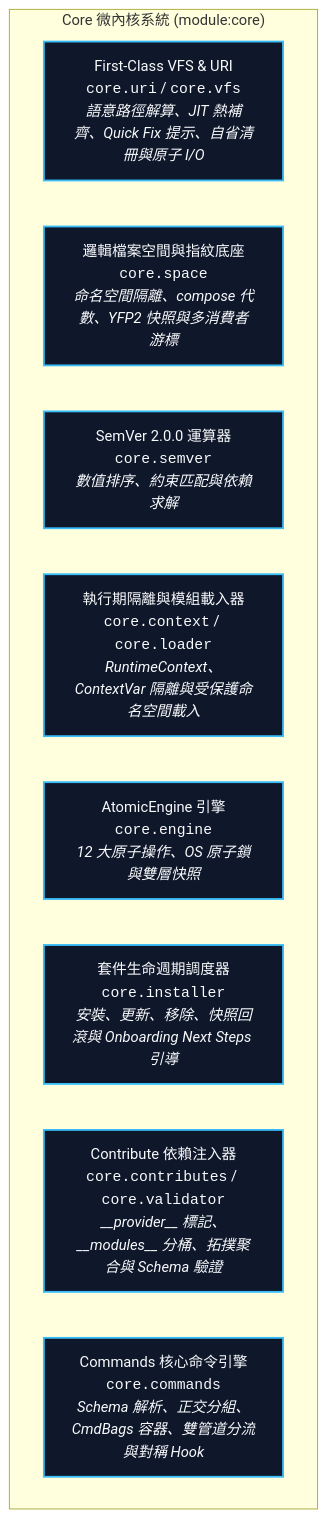
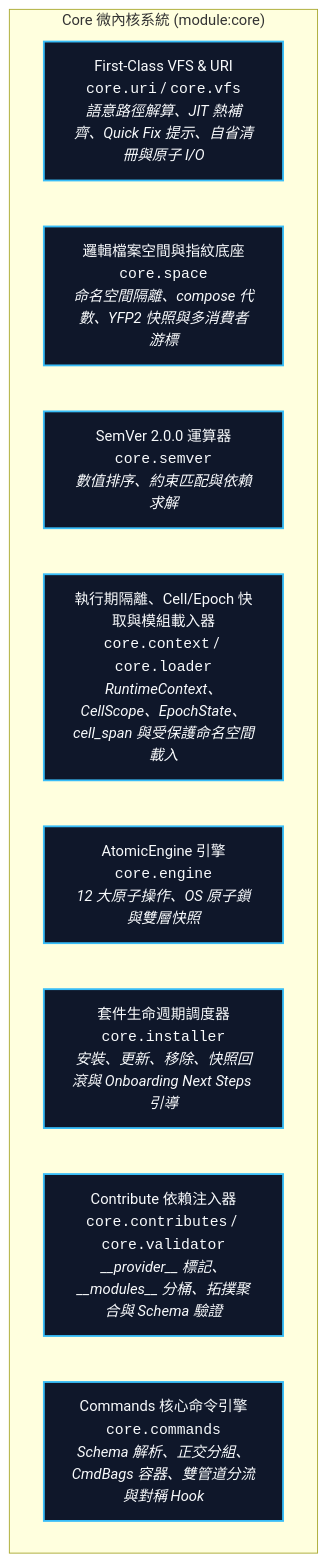
Before and after one commit to ysnaive/ys-codebase: the diagram in docs/core/README.md, drawn with Mermaid. The commit also changed other lines of this file and 90 other files, not shown here.

First line of the commit message:
feat(core,server): add unified CellScope/EpochState caching, cell_span stage profiler, and Mode A cleanup across 8 modules

````diff
--- a/docs/core/README.md
+++ b/docs/core/README.md
@@ -49,15 +49,15 @@
 ```mermaid
 graph TD
     classDef sub fill:#0f172a,stroke:#38bdf8,stroke-width:2px,color:#f8fafc;
     
     subgraph CoreModule ["Core 微內核系統 (module:core)"]
         VFS["First-Class VFS & URI<br/><code>core.uri</code> / <code>core.vfs</code><br/><i>語意路徑解算、JIT 熱補齊、Quick Fix 提示、自省清冊與原子 I/O</i>"]:::sub
         Space["邏輯檔案空間與指紋底座<br/><code>core.space</code><br/><i>命名空間隔離、compose 代數、YFP2 快照與多消費者游標</i>"]:::sub
         SemVer["SemVer 2.0.0 運算器<br/><code>core.semver</code><br/><i>數值排序、約束匹配與依賴求解</i>"]:::sub
-        Context["執行期隔離與模組載入器<br/><code>core.context</code> / <code>core.loader</code><br/><i>RuntimeContext、ContextVar 隔離與受保護命名空間載入</i>"]:::sub
+        Context["執行期隔離、Cell/Epoch 快取與模組載入器<br/><code>core.context</code> / <code>core.loader</code><br/><i>RuntimeContext、CellScope、EpochState、cell_span 與受保護命名空間載入</i>"]:::sub
         Engine["AtomicEngine 引擎<br/><code>core.engine</code><br/><i>12 大原子操作、OS 原子鎖與雙層快照</i>"]:::sub
         Installer["套件生命週期調度器<br/><code>core.installer</code><br/><i>安裝、更新、移除、快照回滾與 Onboarding Next Steps 引導</i>"]:::sub
         Contributes["Contribute 依賴注入器<br/><code>core.contributes</code> / <code>core.validator</code><br/><i>__provider__ 標記、__modules__ 分桶、拓撲聚合與 Schema 驗證</i>"]:::sub
         Commands["Commands 核心命令引擎<br/><code>core.commands</code><br/><i>Schema 解析、正交分組、CmdBags 容器、雙管道分流與對稱 Hook</i>"]:::sub
     end
 ```
````
